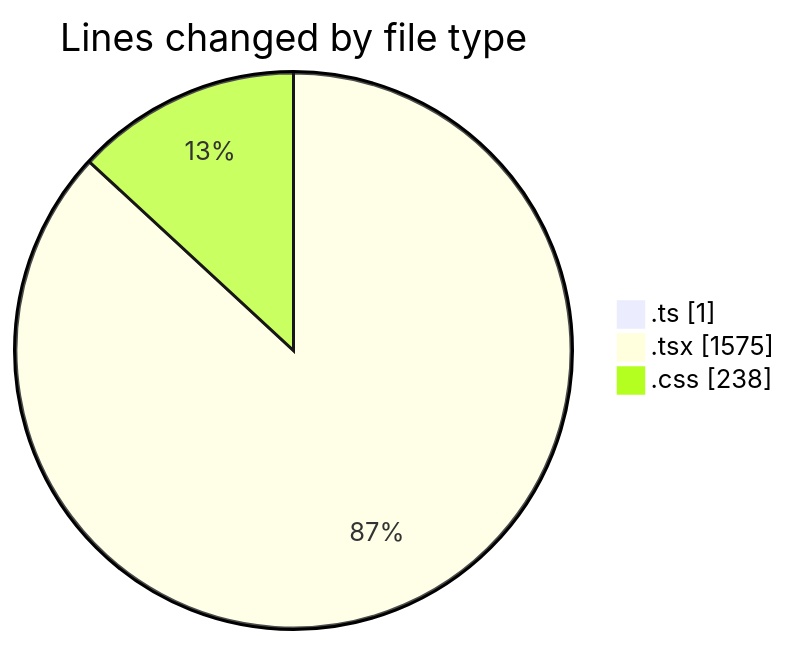
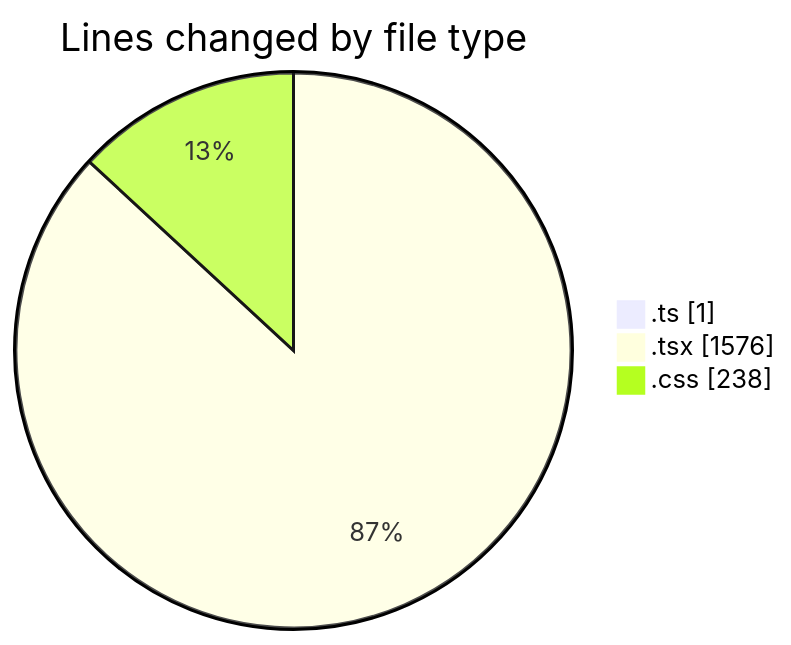
The first of 2 diagrams in 2025-01-31/audiobooks-web/README.md (robertbonfada/code-tracking), drawn with Mermaid before and after one commit. The commit also changed other lines of this file and 1 other file, not shown here.

````diff
--- a/2025-01-31/audiobooks-web/README.md
+++ b/2025-01-31/audiobooks-web/README.md
@@ -32,7 +33,7 @@
 ```mermaid
 pie showData
 title Lines changed by file type
 ".ts" : 1
-".tsx" : 1575
+".tsx" : 1576
 ".css" : 238
 ```
````
